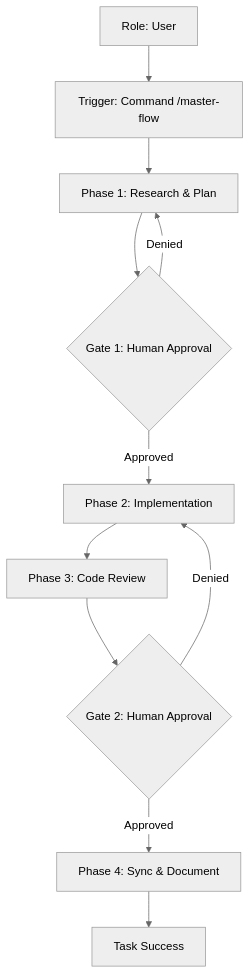
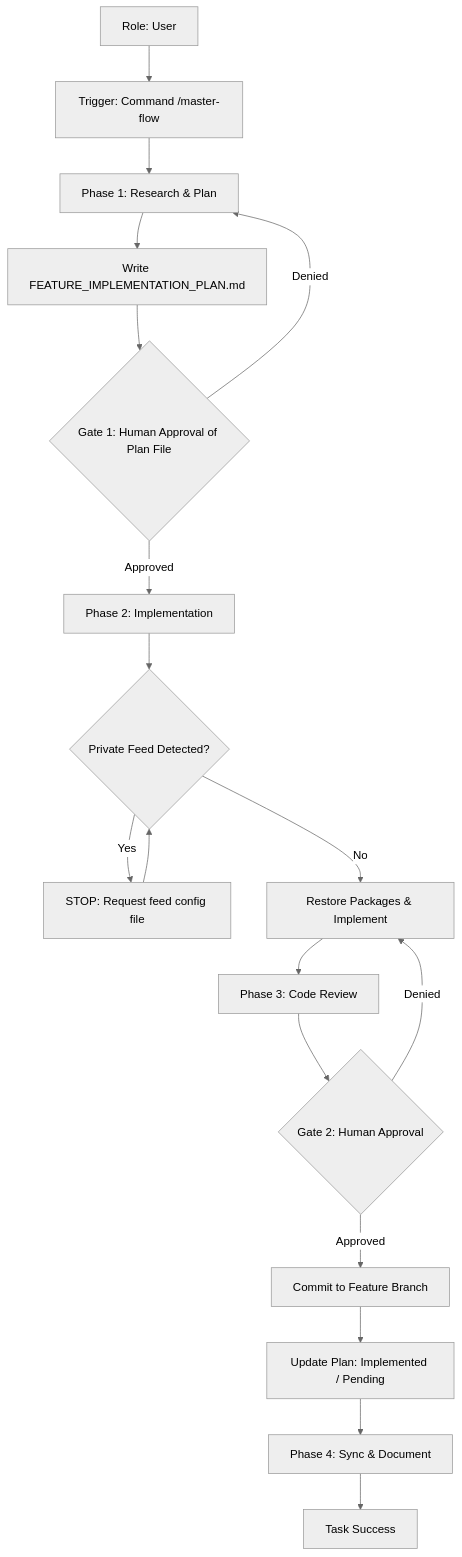
The diagram in docs/use_cases/software_engineering_lifecycle.md (SouzaEduardoAC/ai-agents), drawn with Mermaid (neutral theme) before and after one commit. The commit also changed other lines of this file and 5 other files, not shown here.

Commit message:
Update the Engineer's flow

````diff
--- a/docs/use_cases/software_engineering_lifecycle.md
+++ b/docs/use_cases/software_engineering_lifecycle.md
@@ -12,13 +12,20 @@
 ```mermaid
 graph TD
     A[Role: User] --> B[Trigger: Command /master-flow]
     B --> C[Phase 1: Research & Plan]
-    C --> D{Gate 1: Human Approval}
+    C --> C1[Write FEATURE_IMPLEMENTATION_PLAN.md]
+    C1 --> D{Gate 1: Human Approval of Plan File}
     D -- Denied --> C
     D -- Approved --> E[Phase 2: Implementation]
-    E --> F[Phase 3: Code Review]
+    E --> E1{Private Feed Detected?}
+    E1 -- Yes --> E2[STOP: Request feed config file]
+    E2 --> E1
+    E1 -- No --> E3[Restore Packages & Implement]
+    E3 --> F[Phase 3: Code Review]
     F --> G{Gate 2: Human Approval}
-    G -- Denied --> E
-    G -- Approved --> H[Phase 4: Sync & Document]
-    H --> I[Task Success]
+    G -- Denied --> E3
+    G -- Approved --> H[Commit to Feature Branch]
+    H --> H1[Update Plan: Implemented / Pending]
+    H1 --> I[Phase 4: Sync & Document]
+    I --> J[Task Success]
 ```
````
